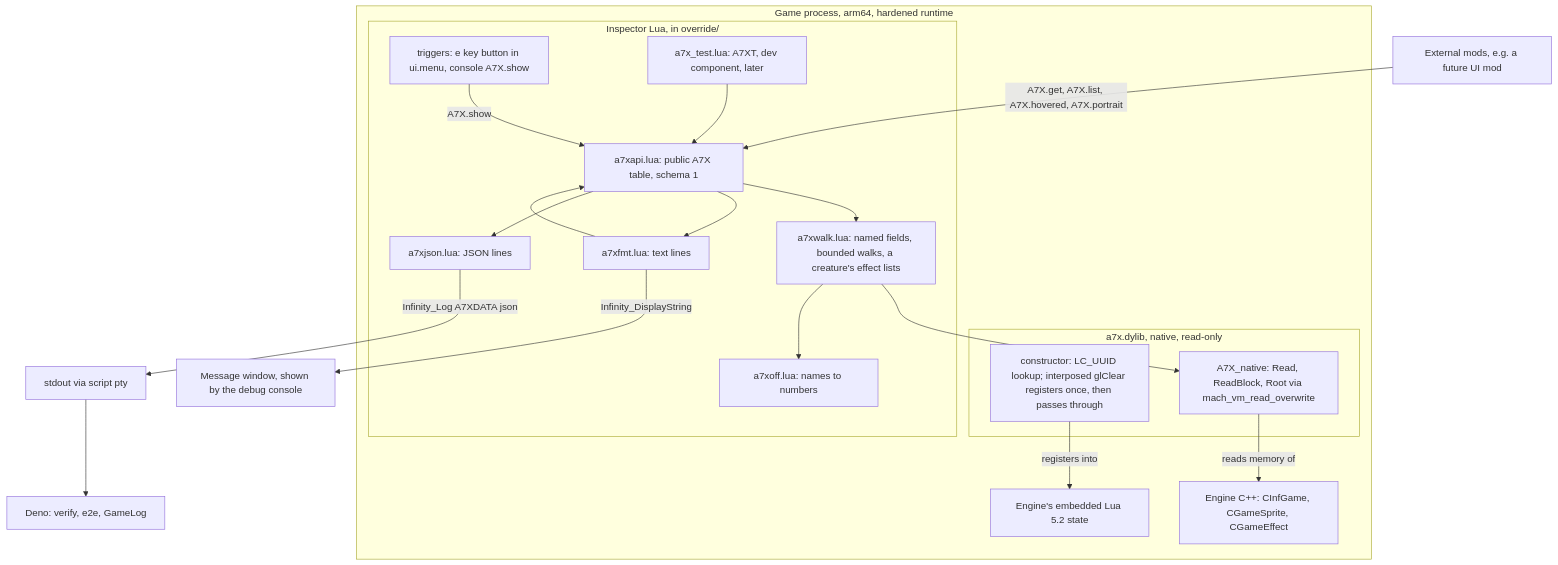
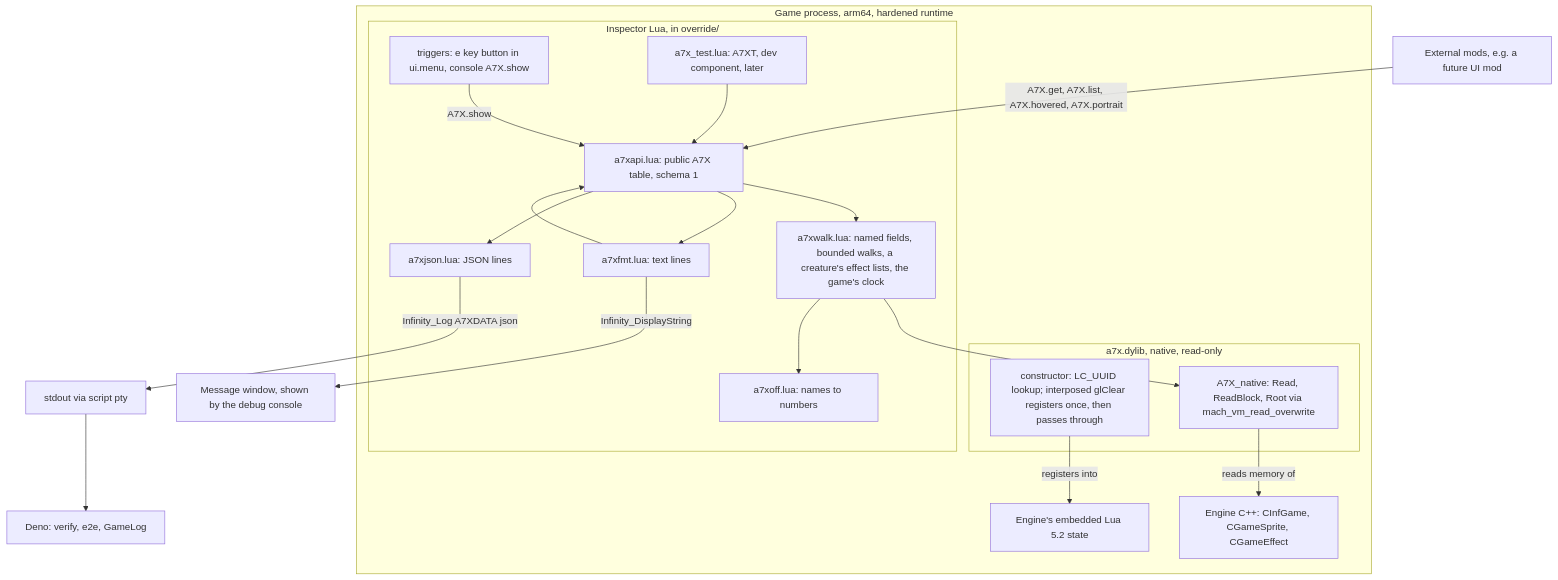
One commit to kabootit/BG2EE-Inspector changed the third of 8 diagrams in docs/architecture.md. Above: the diagram before and after it, drawn with Mermaid. The commit also changed 24 other files, not shown here.

First line of the commit message:
Add time remaining: the game's clock, the duration gate and A7XWALK.remaining

````diff
--- a/docs/architecture.md
+++ b/docs/architecture.md
@@ -87,34 +87,34 @@
 ```mermaid
 flowchart TD
   subgraph PROC["Game process, arm64, hardened runtime"]
     ENG["Engine C++: CInfGame, CGameSprite, CGameEffect"]
     LUAVM["Engine's embedded Lua 5.2 state"]
     subgraph NAT["a7x.dylib, native, read-only"]
       CT["constructor: LC_UUID lookup; interposed glClear registers once, then passes through"]
       RD["A7X_native: Read, ReadBlock, Root via mach_vm_read_overwrite"]
     end
     subgraph LUA["Inspector Lua, in override/"]
-      WK["a7xwalk.lua: named fields, bounded walks, a creature's effect lists"]
+      WK["a7xwalk.lua: named fields, bounded walks, a creature's effect lists, the game's clock"]
       OF["a7xoff.lua: names to numbers"]
       API["a7xapi.lua: public A7X table, schema 1"]
       FM["a7xfmt.lua: text lines"]
       JS["a7xjson.lua: JSON lines"]
       TR["triggers: e key button in ui.menu, console A7X.show"]
       TS["a7x_test.lua: A7XT, dev component, later"]
     end
   end
   RD -- "reads memory of" --> ENG
   CT -- "registers into" --> LUAVM
   WK --> RD
   WK --> OF
   API --> WK
   FM --> API
   TR -- "A7X.show" --> API
   API --> FM
   TS --> API
   EXT["External mods, e.g. a future UI mod"] -- "A7X.get, A7X.list, A7X.hovered, A7X.portrait" --> API
   FM -- "Infinity_DisplayString" --> MSG["Message window, shown by the debug console"]
   API --> JS
   JS -- "Infinity_Log A7XDATA json" --> OUT["stdout via script pty"]
   OUT --> DENO["Deno: verify, e2e, GameLog"]
 ```
````
